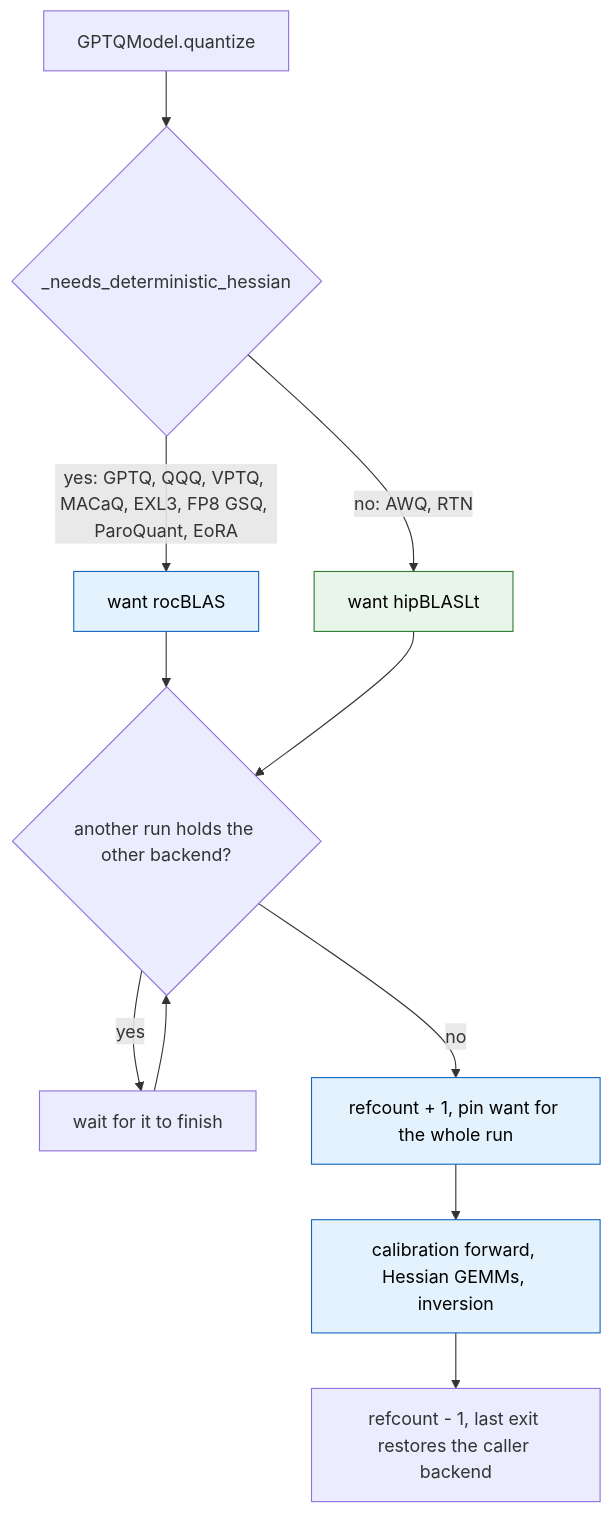
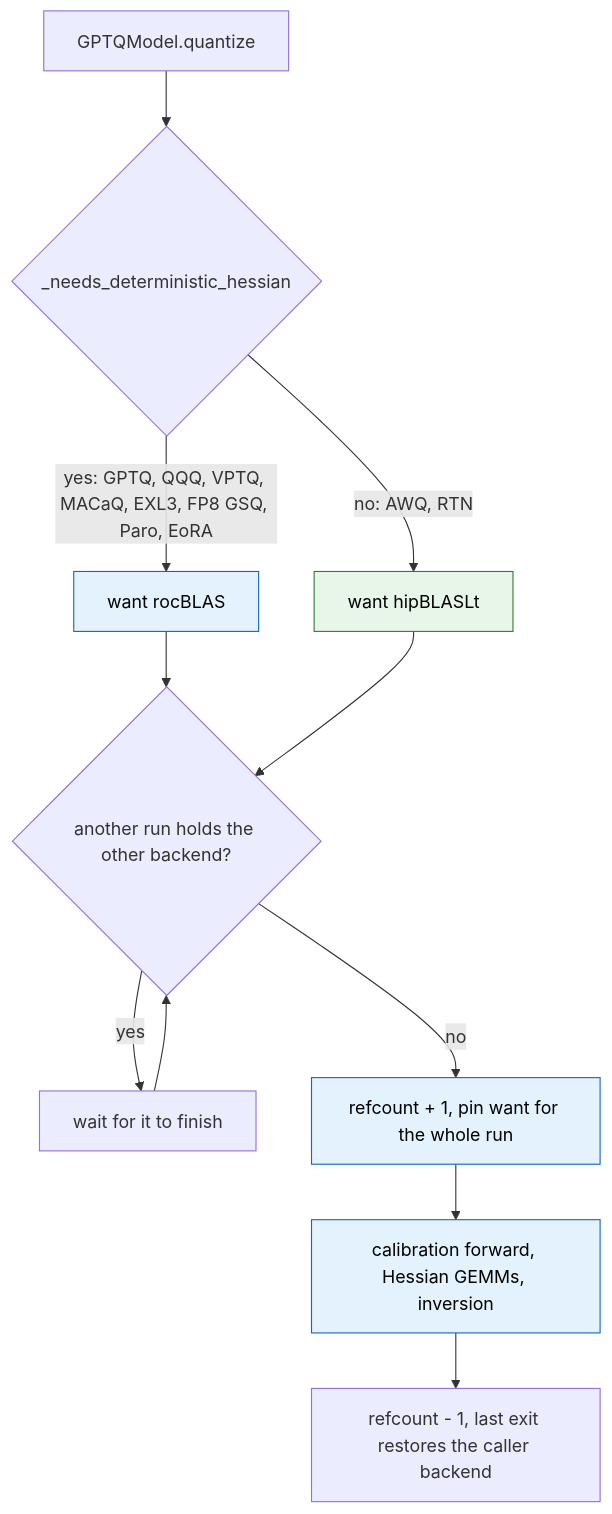
One commit to ModelCloud/GPTQModel changed the second of 2 diagrams in docs/rocm-default-environment.md. Above: the diagram before and after it, drawn with Mermaid. The commit also changed other lines of this file and 233 other files, not shown here.

Commit message:
refactor(paro): rename ParoQuant to Paro

````diff
--- a/docs/rocm-default-environment.md
+++ b/docs/rocm-default-environment.md
@@ -114,18 +114,18 @@
 ```mermaid
 flowchart TD
     A["GPTQModel.quantize"] --> B{"_needs_deterministic_hessian"}
-    B -- "yes: GPTQ, QQQ, VPTQ, MACaQ, EXL3, FP8 GSQ, ParoQuant, EoRA" --> C["want rocBLAS"]
+    B -- "yes: GPTQ, QQQ, VPTQ, MACaQ, EXL3, FP8 GSQ, Paro, EoRA" --> C["want rocBLAS"]
     B -- "no: AWQ, RTN" --> D["want hipBLASLt"]
     C --> E{"another run holds the other backend?"}
     D --> E
     E -- "yes" --> F["wait for it to finish"]
     F --> E
     E -- "no" --> G["refcount + 1, pin want for the whole run"]
     G --> H["calibration forward, Hessian GEMMs, inversion"]
     H --> I["refcount - 1, last exit restores the caller backend"]
 
     classDef pin fill:#e3f2fd,stroke:#1565c0,color:#000
     classDef fast fill:#e8f5e9,stroke:#2e7d32,color:#000
     class C,G,H pin
     class D fast
 ```
````
